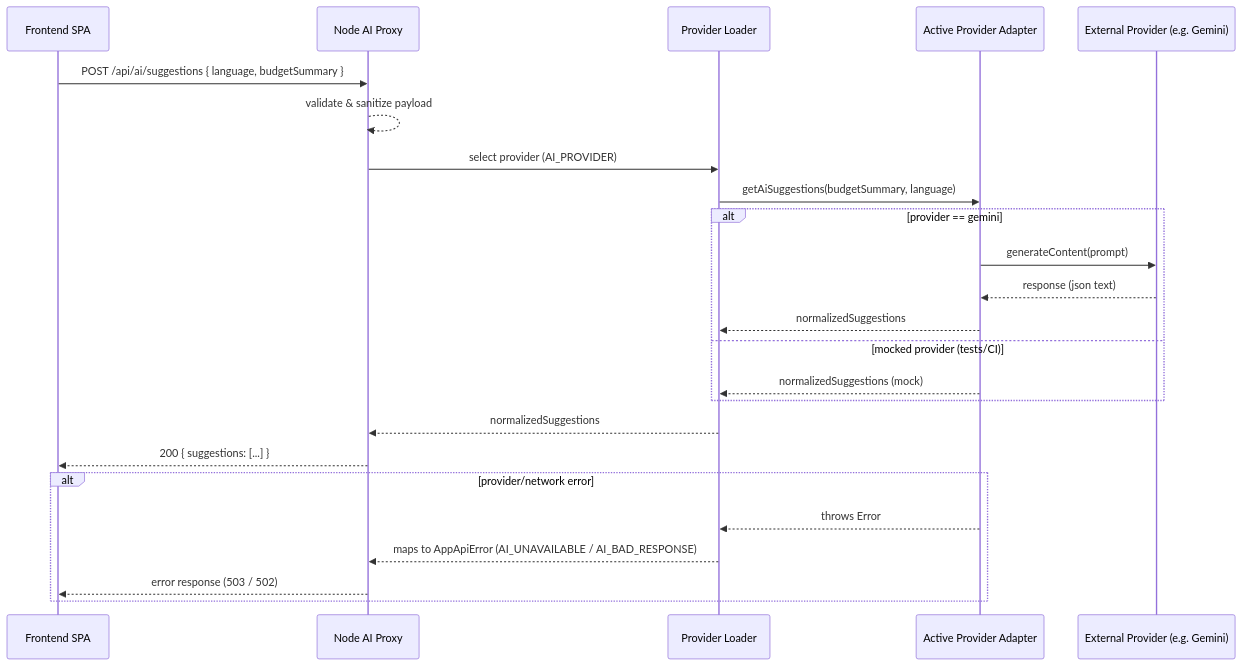
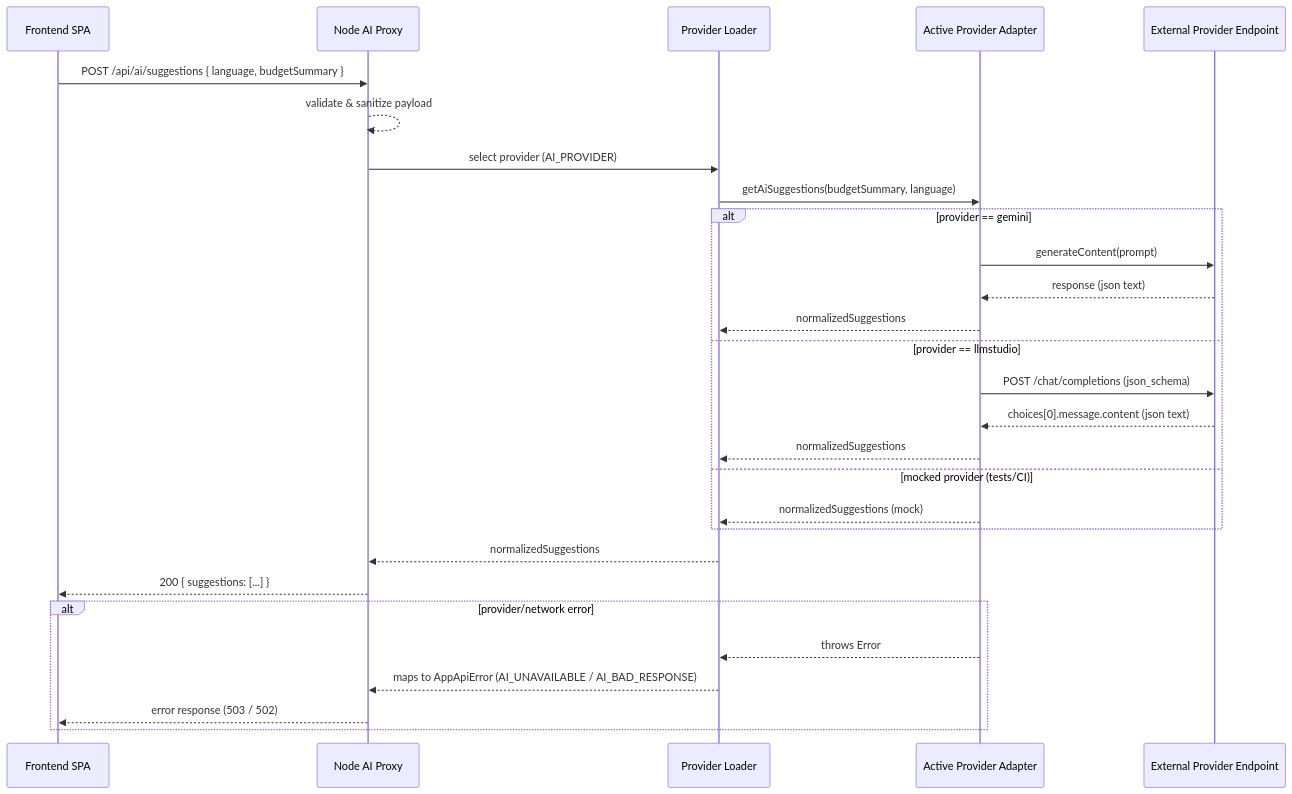
The first of 3 diagrams in server/docs/diagrams.md (patrickcruzutfpr/family-budget-app), drawn with Mermaid before and after one commit. The commit also changed other lines of this file and 13 other files, not shown here.

````diff
--- a/server/docs/diagrams.md
+++ b/server/docs/diagrams.md
@@ -7,30 +7,34 @@
 ```mermaid
 sequenceDiagram
   participant SPA as Frontend SPA
   participant Proxy as Node AI Proxy
   participant Loader as Provider Loader
   participant Provider as Active Provider Adapter
-  participant External as External Provider (e.g. Gemini)
+  participant External as External Provider Endpoint
 
   SPA->>Proxy: POST /api/ai/suggestions { language, budgetSummary }
   Proxy-->>Proxy: validate & sanitize payload
   Proxy->>Loader: select provider (AI_PROVIDER)
   Loader->>Provider: getAiSuggestions(budgetSummary, language)
 
   alt provider == gemini
     Provider->>External: generateContent(prompt)
     External-->>Provider: response (json text)
+    Provider-->>Loader: normalizedSuggestions
+  else provider == llmstudio
+    Provider->>External: POST /chat/completions (json_schema)
+    External-->>Provider: choices[0].message.content (json text)
     Provider-->>Loader: normalizedSuggestions
   else mocked provider (tests/CI)
     Provider-->>Loader: normalizedSuggestions (mock)
   end
 
   Loader-->>Proxy: normalizedSuggestions
   Proxy-->>SPA: 200 { suggestions: [...] }
 
   alt provider/network error
     Provider-->>Loader: throws Error
     Loader-->>Proxy: maps to AppApiError (AI_UNAVAILABLE / AI_BAD_RESPONSE)
     Proxy-->>SPA: error response (503 / 502)
   end
 ```
````
